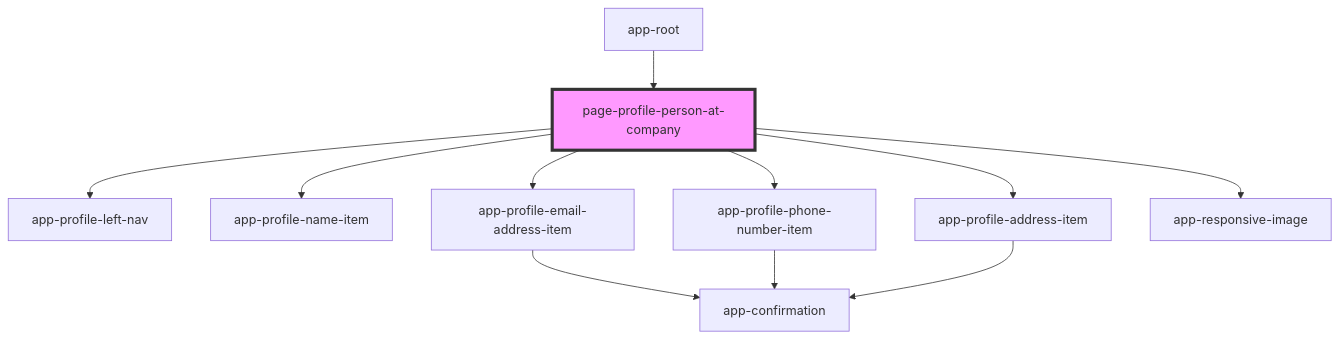
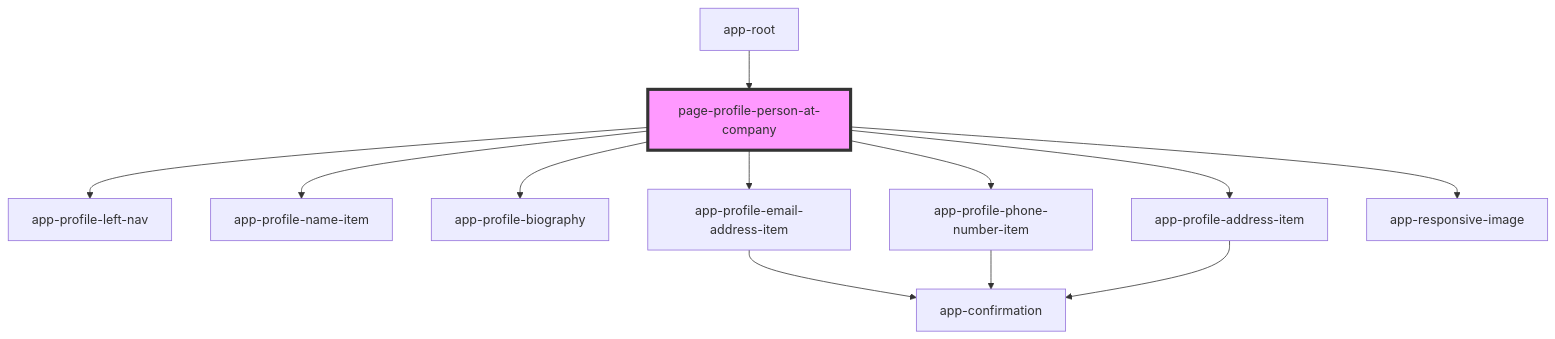
One commit to lokheed/IconEventNetwork.Web changed the diagram in iconeventnetwork-web/src/components/pages/page-profile-person-at-company/readme.md. Above: the diagram before and after it, drawn with Mermaid. The commit also changed other lines of this file and 7 other files, not shown here.

Commit message:
Edit form for profile-at-company biography

````diff
--- a/iconeventnetwork-web/src/components/pages/page-profile-person-at-company/readme.md
+++ b/iconeventnetwork-web/src/components/pages/page-profile-person-at-company/readme.md
@@ -31,14 +32,15 @@
 ```mermaid
 graph TD;
   page-profile-person-at-company --> app-profile-left-nav
   page-profile-person-at-company --> app-profile-name-item
+  page-profile-person-at-company --> app-profile-biography
   page-profile-person-at-company --> app-profile-email-address-item
   page-profile-person-at-company --> app-profile-phone-number-item
   page-profile-person-at-company --> app-profile-address-item
   page-profile-person-at-company --> app-responsive-image
   app-profile-email-address-item --> app-confirmation
   app-profile-phone-number-item --> app-confirmation
   app-profile-address-item --> app-confirmation
   app-root --> page-profile-person-at-company
   style page-profile-person-at-company fill:#f9f,stroke:#333,stroke-width:4px
 ```
````
